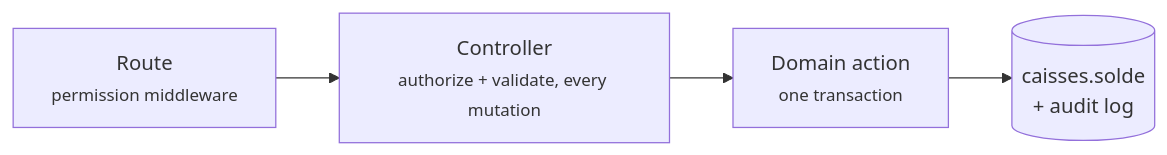
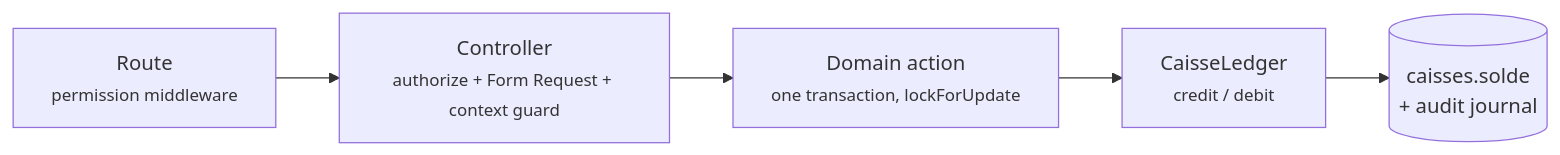
The diagram in README.md (Rochdi7/CRM-GLS), drawn with Mermaid before and after one commit. The commit also changed other lines of this file and 11 other files, not shown here.

Commit message:
update for chart inscription and rapport design

````diff
--- a/README.md
+++ b/README.md
@@ -59,6 +104,7 @@
 ```mermaid
 flowchart LR
-    A[Route<br><small>permission middleware</small>] --> B[Controller<br><small>authorize + validate, every mutation</small>]
-    B --> C[Domain action<br><small>one transaction</small>]
-    C --> D[(caisses.solde<br>+ audit log)]
+    A["Route<br/><small>permission middleware</small>"] --> B["Controller<br/><small>authorize + Form Request + context guard</small>"]
+    B --> C["Domain action<br/><small>one transaction, lockForUpdate</small>"]
+    C --> D["CaisseLedger<br/><small>credit / debit</small>"]
+    D --> E[("caisses.solde<br/>+ audit journal")]
 ```
````
